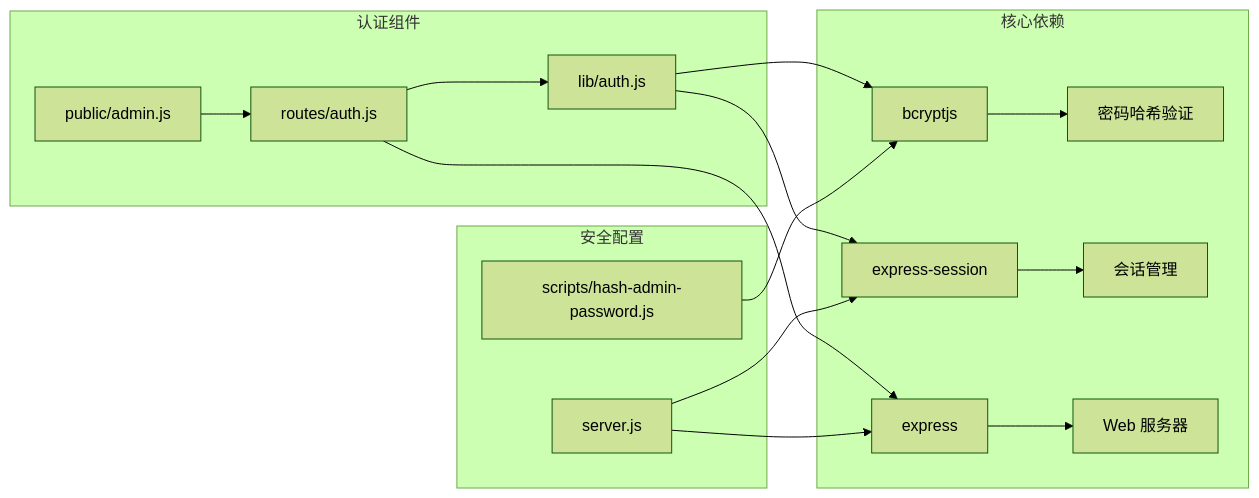
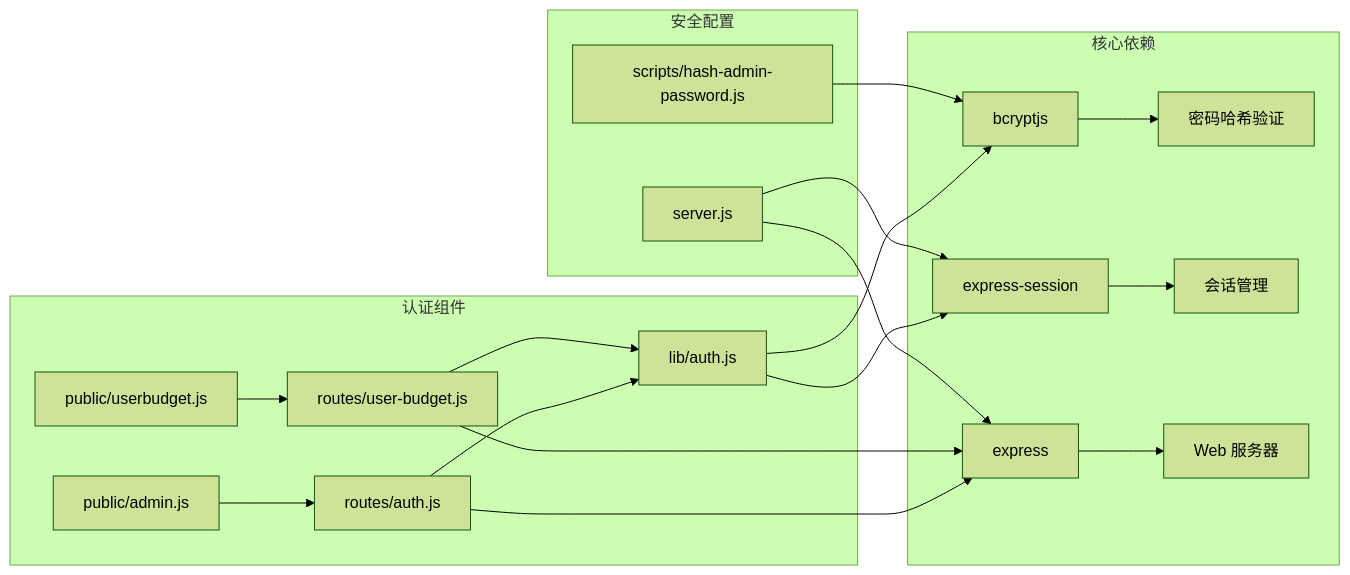
Before and after one commit to kissingwolf/CopilotEnterpriseUsageDisplay: the fifth of 5 diagrams in .qoder/repowiki/zh/content/核心模块/管理员认证系统.md, drawn with Mermaid (forest theme). The commit also changed other lines of this file and 4 other files, not shown here.

First line of the commit message:
docs(wiki): update repowiki content with user budget system and admin auth modules

````diff
--- a/.qoder/repowiki/zh/content/核心模块/管理员认证系统.md
+++ b/.qoder/repowiki/zh/content/核心模块/管理员认证系统.md
@@ -269,20 +361,23 @@
 ```mermaid
 graph LR
 subgraph "核心依赖"
 A[bcryptjs] --> B[密码哈希验证]
 C[express-session] --> D[会话管理]
 E[express] --> F[Web 服务器]
 end
 subgraph "认证组件"
 G[lib/auth.js] --> A
 G --> C
 H[routes/auth.js] --> G
 H --> E
 I[public/admin.js] --> H
+J[routes/user-budget.js] --> G
+J --> E
+K[public/userbudget.js] --> J
 end
 subgraph "安全配置"
-J[server.js] --> C
-J --> E
-K[scripts/hash-admin-password.js] --> A
+L[server.js] --> C
+L --> E
+M[scripts/hash-admin-password.js] --> A
 end
 ```
````
